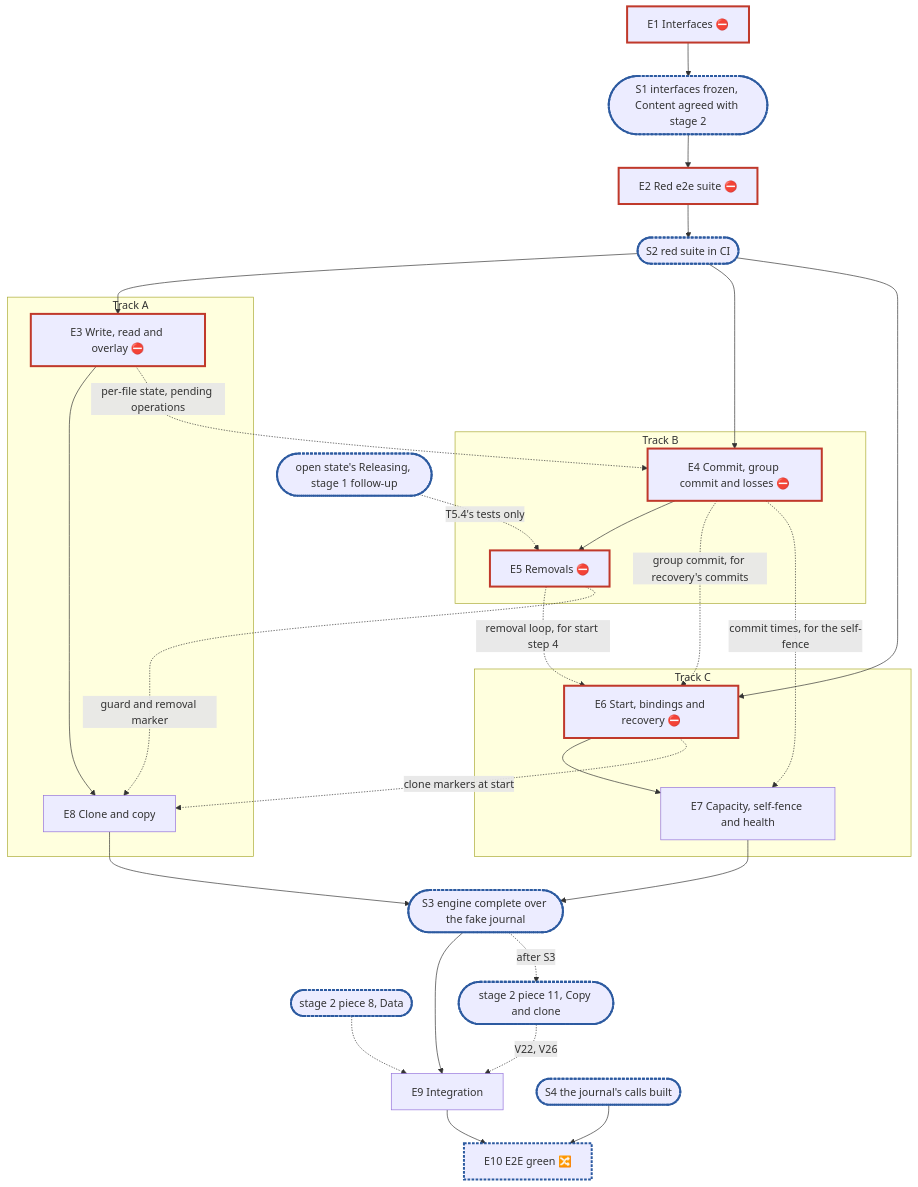
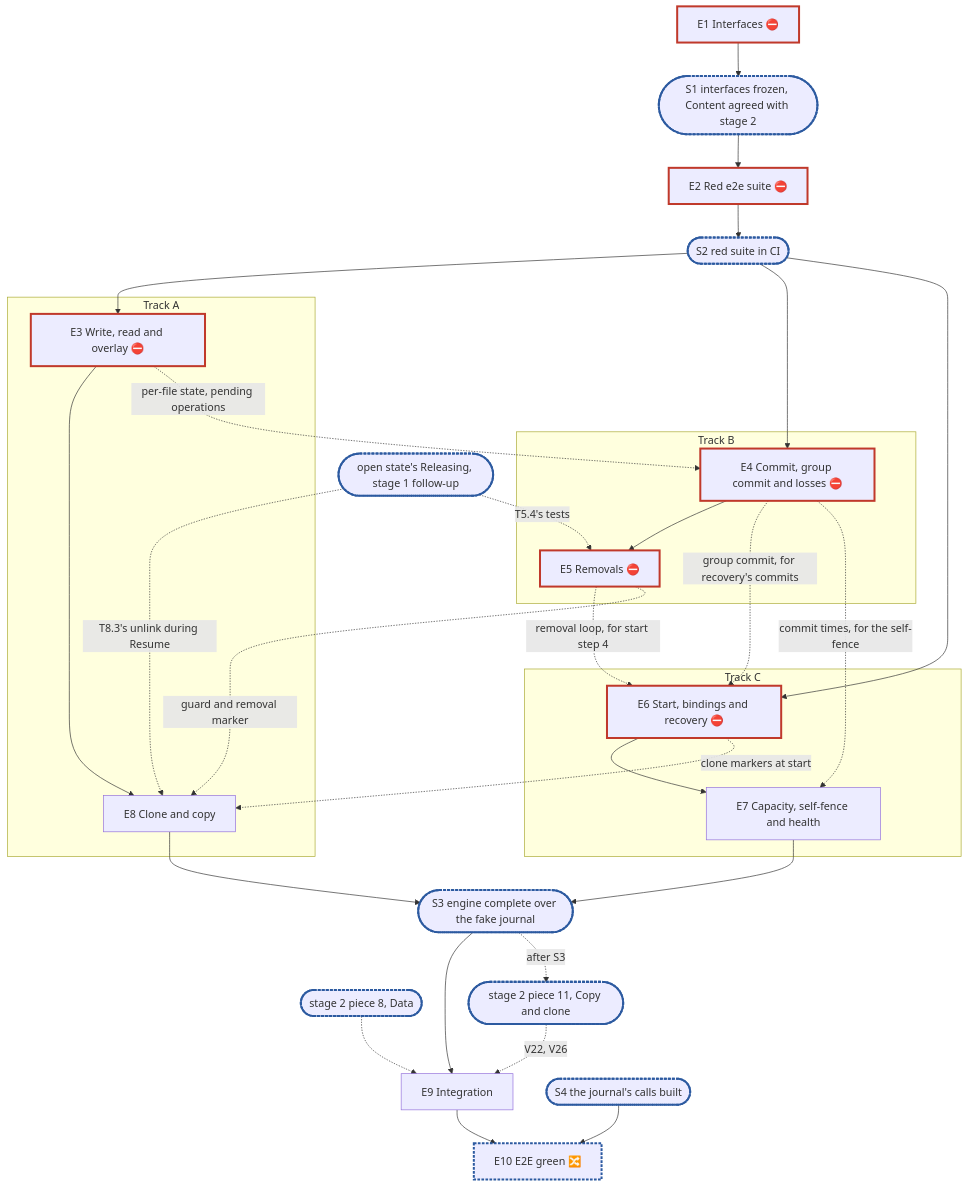
The diagram in docs/internals/planning/rfc-8-journal-only-engine-plan.md (marmos91/dittofs), drawn with Mermaid before and after one commit. The commit also changed other lines of this file, not shown here.

Commit message:
docs(planning): the engine plan follows #3547's two RFC 1 asks, Releasing's E8 edge and a delayed Delete's carrier

````diff
--- a/docs/internals/planning/rfc-8-journal-only-engine-plan.md
+++ b/docs/internals/planning/rfc-8-journal-only-engine-plan.md
@@ -401,30 +401,31 @@
 ```mermaid
 flowchart TD
   E1["E1 Interfaces ⛔"]:::blocker --> S1(["S1 interfaces frozen, Content agreed with stage 2"]):::sync
   S1 --> E2["E2 Red e2e suite ⛔"]:::blocker --> S2(["S2 red suite in CI"]):::sync
   subgraph A["Track A"]
     E3["E3 Write, read and overlay ⛔"]:::blocker --> E8["E8 Clone and copy"]
   end
   subgraph B["Track B"]
     E4["E4 Commit, group commit and losses ⛔"]:::blocker --> E5["E5 Removals ⛔"]:::blocker
   end
   subgraph C["Track C"]
     E6["E6 Start, bindings and recovery ⛔"]:::blocker --> E7["E7 Capacity, self-fence and health"]
   end
   S2 --> E3 & E4 & E6
   E3 -. "per-file state, pending operations" .-> E4
   E4 -. "group commit, for recovery's commits" .-> E6
   E5 -. "removal loop, for start step 4" .-> E6
   E4 -. "commit times, for the self-fence" .-> E7
   E5 -. "guard and removal marker" .-> E8
   E6 -. "clone markers at start" .-> E8
   E7 & E8 --> S3(["S3 engine complete over the fake journal"]):::sync
   S3 --> E9["E9 Integration"]
   X(["stage 2 piece 8, Data"]):::sync -.-> E9
   S3 -. "after S3" .-> P11(["stage 2 piece 11, Copy and clone"]):::sync -. "V22, V26" .-> E9
-  R(["open state's Releasing, stage 1 follow-up"]):::sync -. "T5.4's tests only" .-> E5
+  R(["open state's Releasing, stage 1 follow-up"]):::sync -. "T5.4's tests" .-> E5
+  R -. "T8.3's unlink during Resume" .-> E8
   E9 --> E10["E10 E2E green 🔀"]:::sync
   S4(["S4 the journal's calls built"]):::sync --> E10
   classDef blocker stroke:#c0392b,stroke-width:3px
   classDef sync stroke:#2c5aa0,stroke-width:3px,stroke-dasharray:4 2
 ```
````
